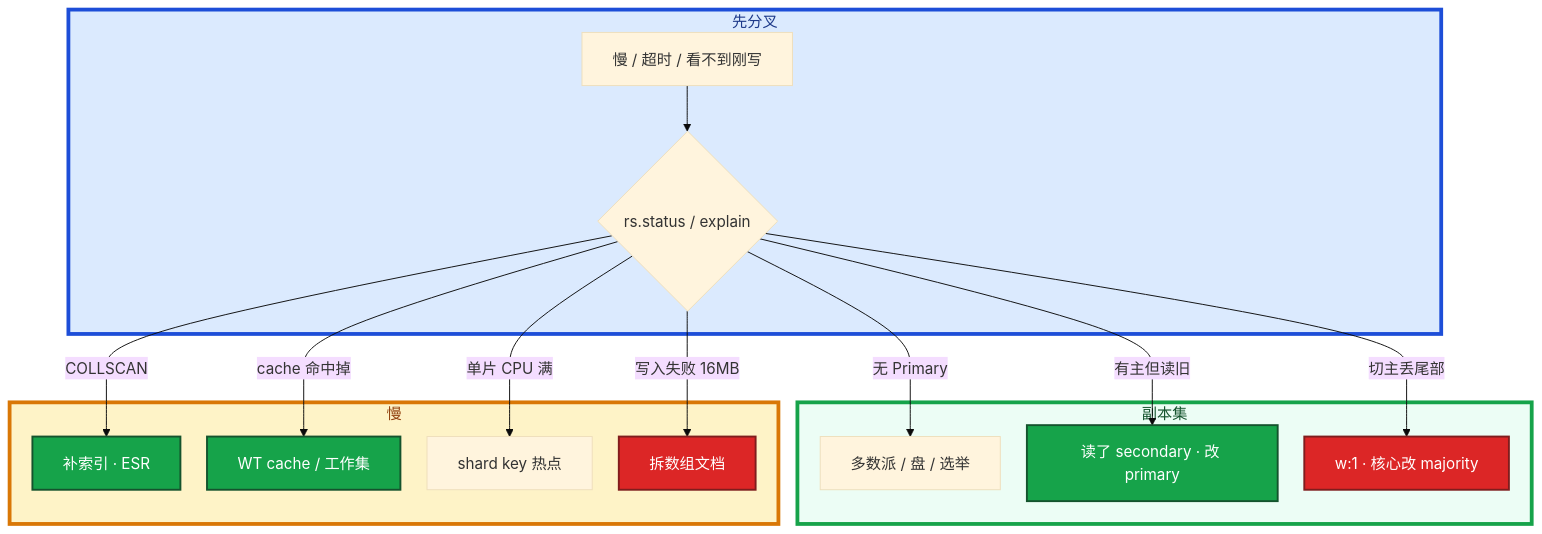
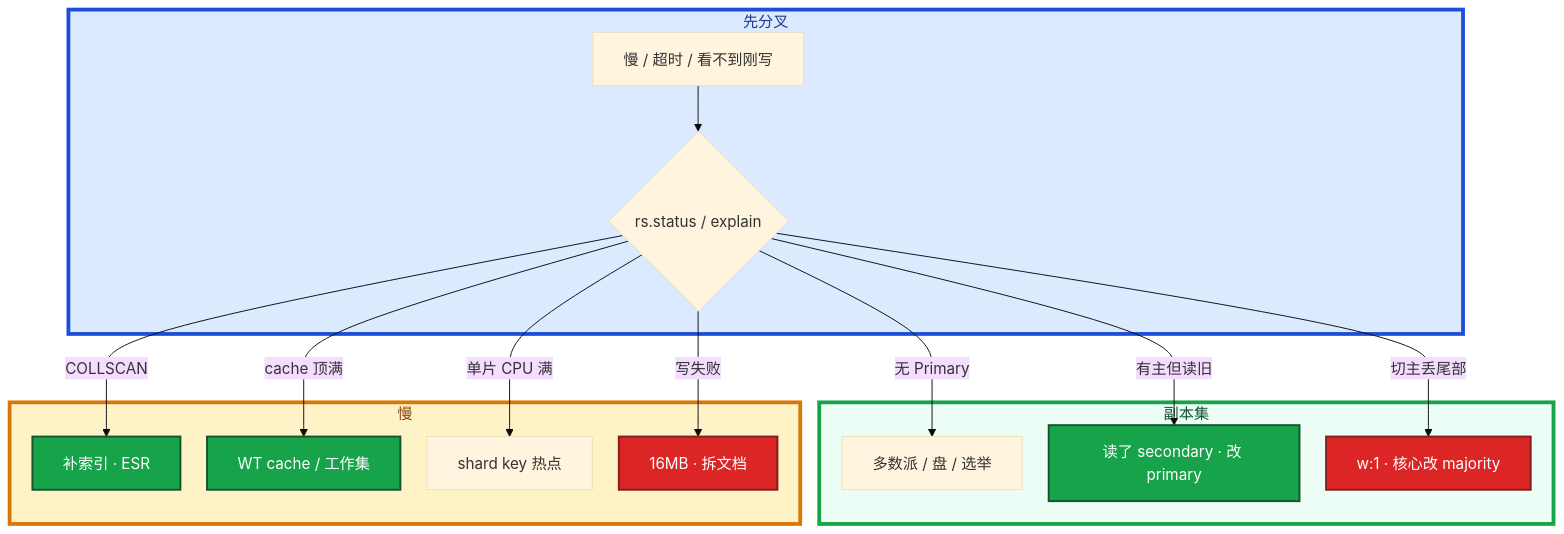
One commit to ml-cuizijun/LearnToLilith changed the fourth of 4 diagrams in 03-中间件与数据库/06-MongoDB/知识点.md. Above: the diagram before and after it, drawn with Mermaid. The commit also changed other lines of this file and 107 other files, not shown here.

````diff
--- a/03-中间件与数据库/06-MongoDB/知识点.md
+++ b/03-中间件与数据库/06-MongoDB/知识点.md
@@ -459,29 +613,29 @@
 ```mermaid
 %%{init: {"flowchart": {"padding": 16, "nodeSpacing": 28, "rankSpacing": 48}, "theme": "base"}}%%
 flowchart TB
     subgraph gate ["先分叉"]
         A[慢 / 超时 / 看不到刚写] --> B{rs.status / explain}
     end
 
     subgraph rs ["副本集"]
         B -->|无 Primary| C[多数派 / 盘 / 选举]
         B -->|有主但读旧| D[读了 secondary · 改 primary]
         B -->|切主丢尾部| E[w:1 · 核心改 majority]
     end
 
     subgraph slow ["慢"]
         B -->|COLLSCAN| F[补索引 · ESR]
-        B -->|cache 命中掉| G[WT cache / 工作集]
+        B -->|cache 顶满| G[WT cache / 工作集]
         B -->|单片 CPU 满| H[shard key 热点]
-        B -->|写入失败 16MB| I[拆数组文档]
+        B -->|写失败| I[16MB · 拆文档]
     end
 
     classDef bad fill:#DC2626,stroke:#7F1D1D,stroke-width:2px,color:#fff
     classDef ok fill:#16A34A,stroke:#14532D,stroke-width:2px,color:#fff
     class E,I bad
     class D,F,G ok
 
     style gate fill:#DBEAFE,stroke:#1D4ED8,stroke-width:4px,color:#1E3A8A
     style rs fill:#ECFDF5,stroke:#16A34A,stroke-width:4px,color:#14532D
     style slow fill:#FEF3C7,stroke:#D97706,stroke-width:4px,color:#92400E
 ```
````
